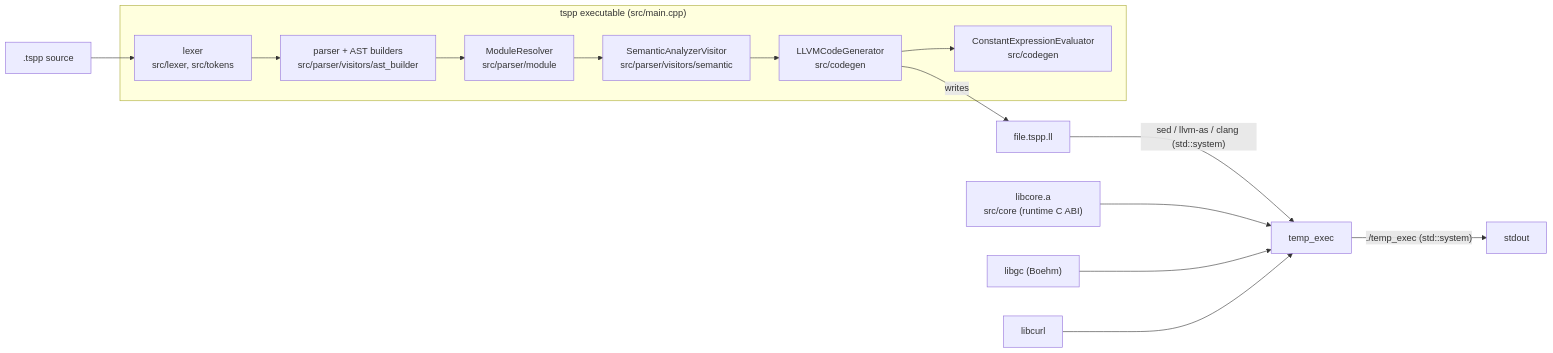
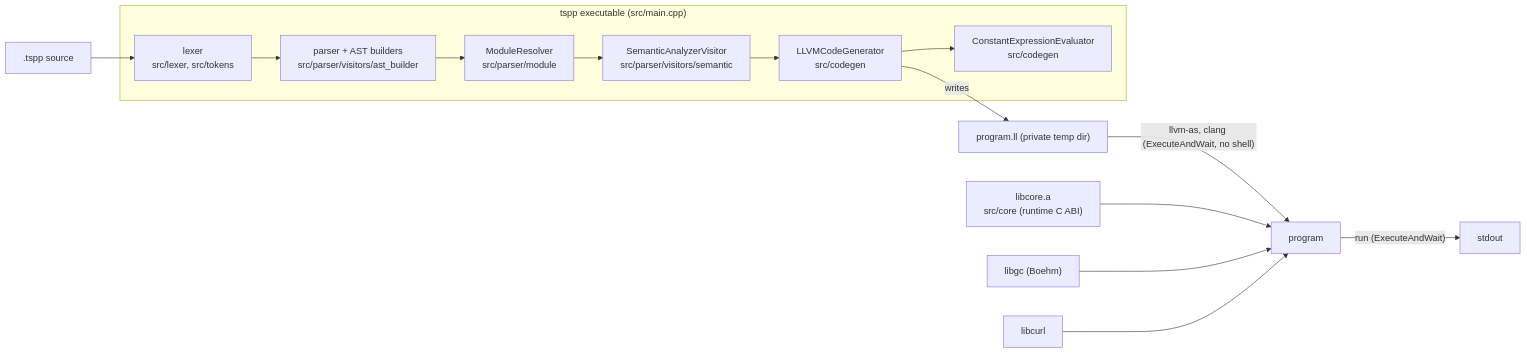
Before and after one commit to tspp-io/tspp-compiler: the first of 5 diagrams in docs/KNOWLEDGE_TRANSFER.md, drawn with Mermaid. The commit also changed other lines of this file, not shown here.

````diff
--- a/docs/KNOWLEDGE_TRANSFER.md
+++ b/docs/KNOWLEDGE_TRANSFER.md
@@ -118,19 +137,19 @@
 ```mermaid
 flowchart LR
     subgraph Compiler["tspp executable (src/main.cpp)"]
         LEX["lexer<br/>src/lexer, src/tokens"]
         PAR["parser + AST builders<br/>src/parser/visitors/ast_builder"]
         MOD["ModuleResolver<br/>src/parser/module"]
         SEM["SemanticAnalyzerVisitor<br/>src/parser/visitors/semantic"]
         CG["LLVMCodeGenerator<br/>src/codegen"]
         CEE["ConstantExpressionEvaluator<br/>src/codegen"]
     end
     SRC[".tspp source"] --> LEX --> PAR --> MOD --> SEM --> CG
     CG --> CEE
-    CG -- "writes" --> IR["file.tspp.ll"]
-    IR -- "sed / llvm-as / clang (std::system)" --> EXE["temp_exec"]
+    CG -- "writes" --> IR["program.ll (private temp dir)"]
+    IR -- "llvm-as, clang (ExecuteAndWait, no shell)" --> EXE["program"]
     RT["libcore.a<br/>src/core (runtime C ABI)"] --> EXE
     GC["libgc (Boehm)"] --> EXE
     CURL["libcurl"] --> EXE
-    EXE -- "./temp_exec (std::system)" --> OUT["stdout"]
+    EXE -- "run (ExecuteAndWait)" --> OUT["stdout"]
 ```
````
